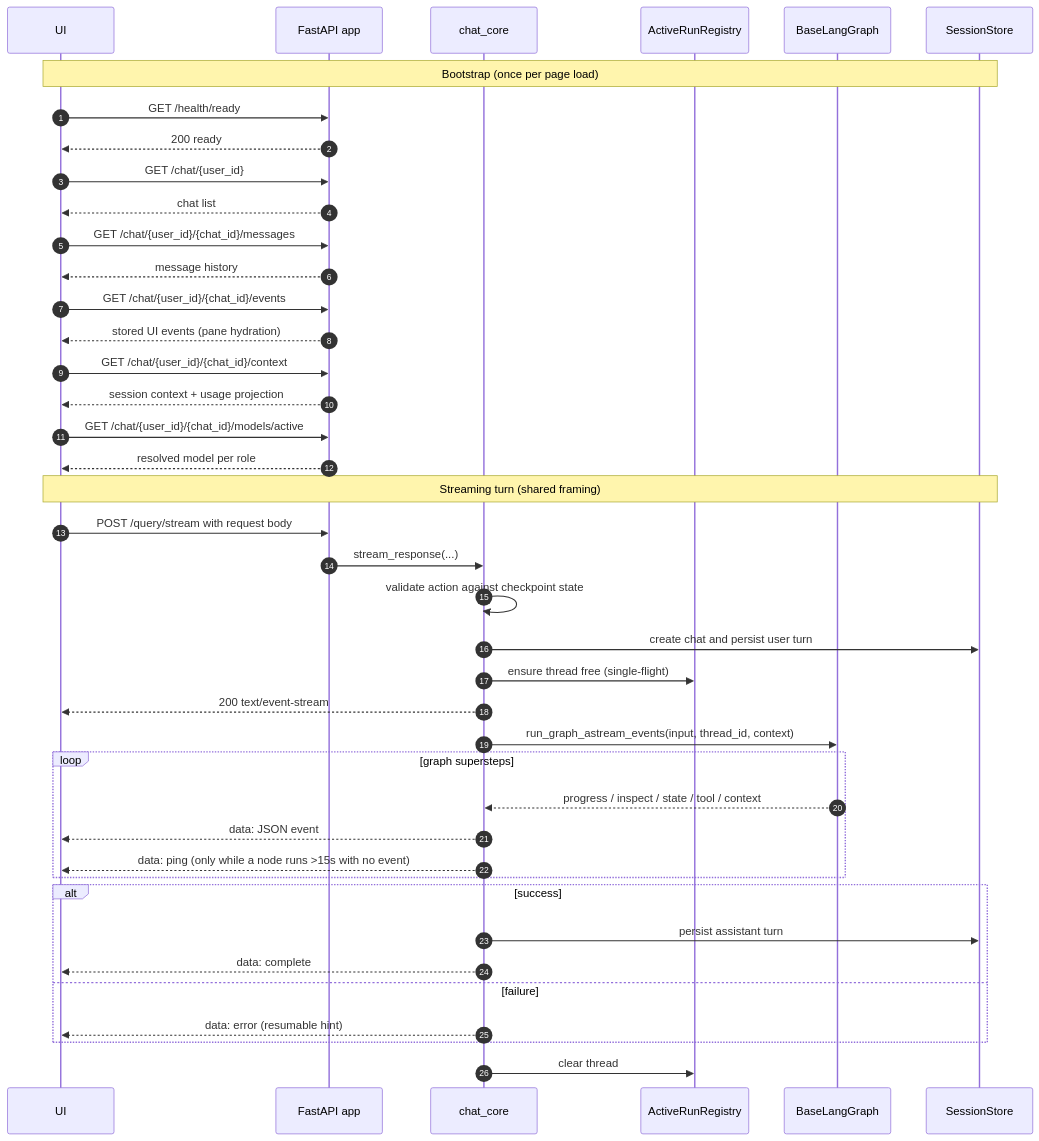
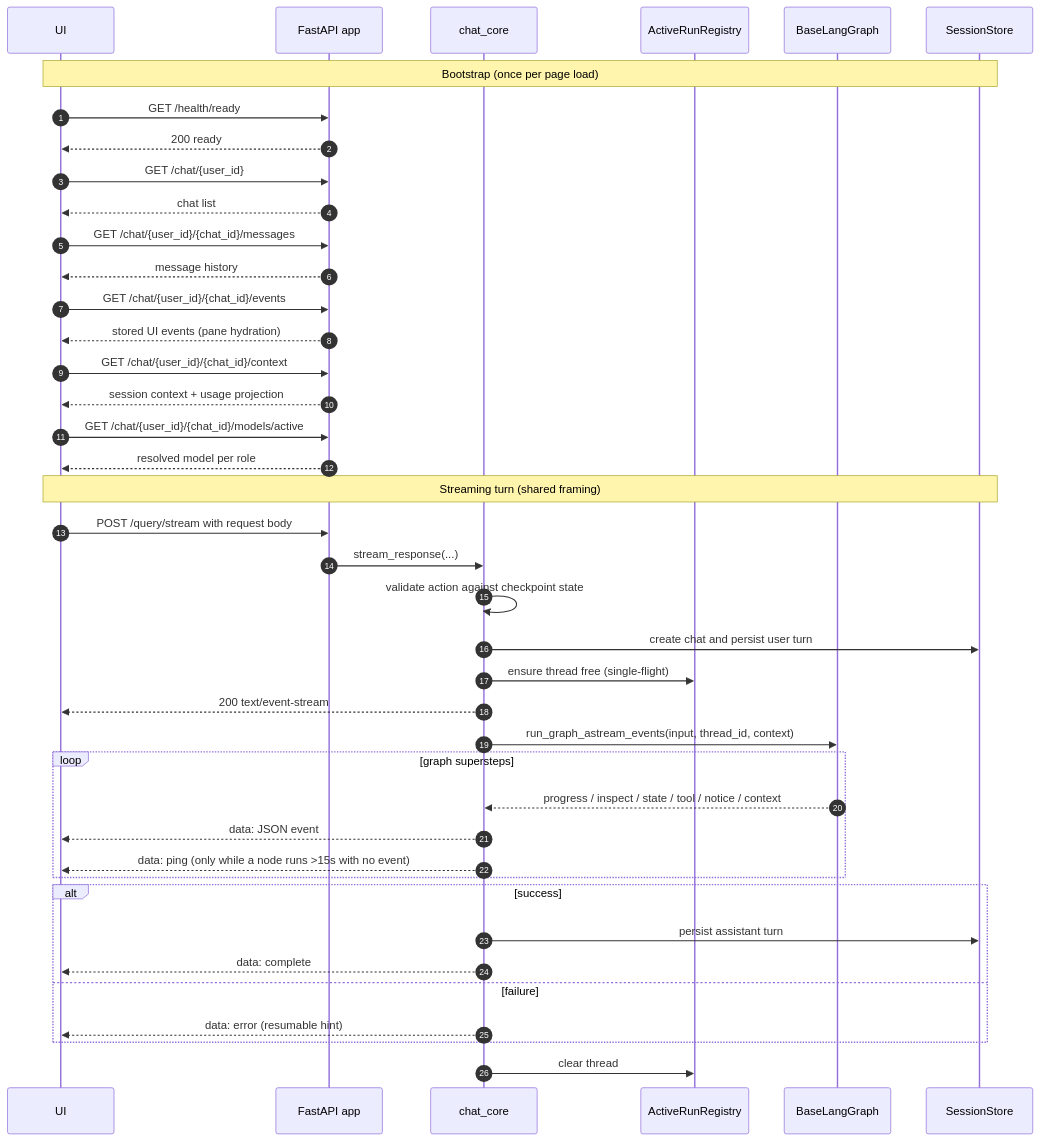
The first of 3 diagrams in devdocs/system/api-sse-sequence.md (NeuroML/klea), drawn with Mermaid before and after one commit. The commit also changed other lines of this file and 5 other files, not shown here.

````diff
--- a/devdocs/system/api-sse-sequence.md
+++ b/devdocs/system/api-sse-sequence.md
@@ -47,45 +47,45 @@
 ```mermaid
 sequenceDiagram
     autonumber
     participant UI as UI
     participant API as FastAPI app
     participant Core as chat_core
     participant Reg as ActiveRunRegistry
     participant Graph as BaseLangGraph
     participant Store as SessionStore
 
     Note over UI,Store: Bootstrap (once per page load)
     UI->>API: GET /health/ready
     API-->>UI: 200 ready
     UI->>API: GET /chat/{user_id}
     API-->>UI: chat list
     UI->>API: GET /chat/{user_id}/{chat_id}/messages
     API-->>UI: message history
     UI->>API: GET /chat/{user_id}/{chat_id}/events
     API-->>UI: stored UI events (pane hydration)
     UI->>API: GET /chat/{user_id}/{chat_id}/context
     API-->>UI: session context + usage projection
     UI->>API: GET /chat/{user_id}/{chat_id}/models/active
     API-->>UI: resolved model per role
 
     Note over UI,Store: Streaming turn (shared framing)
     UI->>API: POST /query/stream with request body
     API->>Core: stream_response(...)
     Core->>Core: validate action against checkpoint state
     Core->>Store: create chat and persist user turn
     Core->>Reg: ensure thread free (single-flight)
     Core-->>UI: 200 text/event-stream
     Core->>Graph: run_graph_astream_events(input, thread_id, context)
     loop graph supersteps
-        Graph-->>Core: progress / inspect / state / tool / context
+        Graph-->>Core: progress / inspect / state / tool / notice / context
         Core-->>UI: data: JSON event
         Core-->>UI: data: ping (only while a node runs >15s with no event)
     end
     alt success
         Core->>Store: persist assistant turn
         Core-->>UI: data: complete
     else failure
         Core-->>UI: data: error (resumable hint)
     end
     Core->>Reg: clear thread
 ```
````
